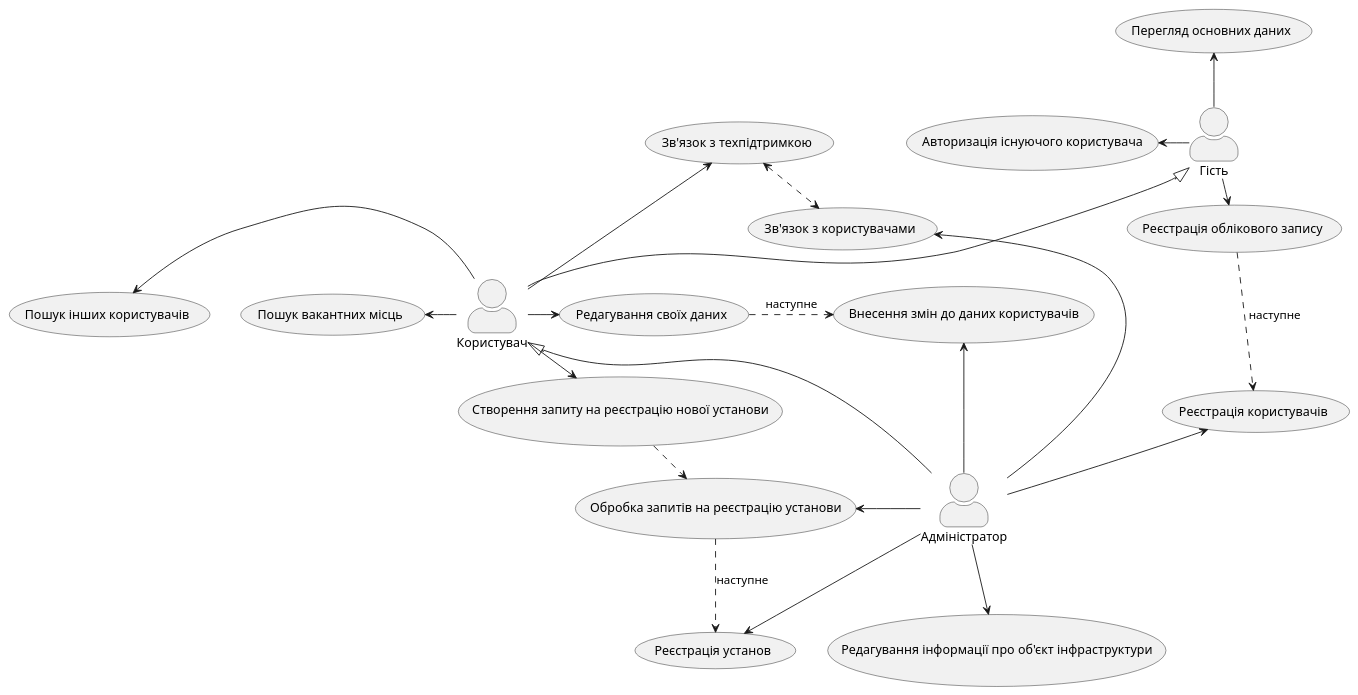
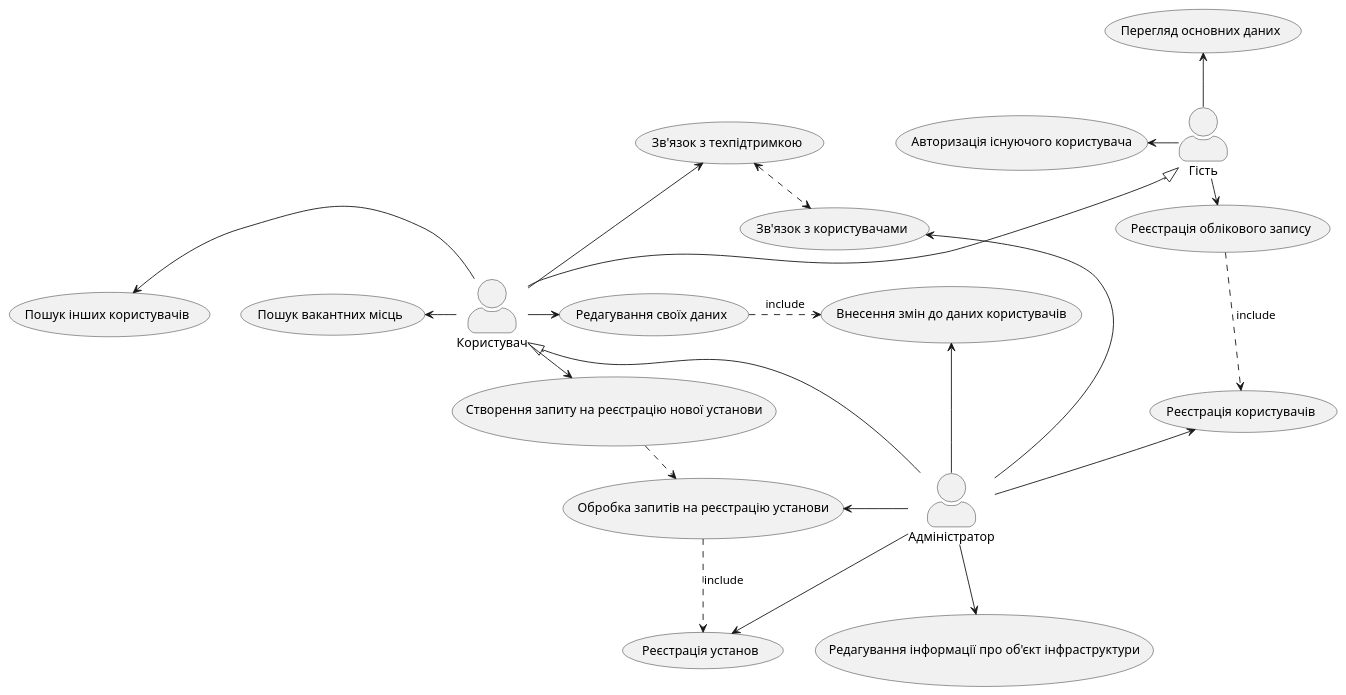
The diagram in Precedents/General/model.plantuml (dirayser/thiscitydoesnotexist), drawn with PlantUML before and after one commit.

```diff
--- a/Precedents/General/model.plantuml
+++ b/Precedents/General/model.plantuml
@@ -1,47 +1,47 @@
 @startuml
 skinparam actorStyle awesome
 "Гість" as Guest
 "Користувач" as User
 "Адміністратор" as Admin
 Guest -left-> (g_01)
 Guest -right-> (g_02)
 Guest -up-> (g_03)
 User -right-> (u_01)
 User -left-> (u_02)
 User -left-> (u_03)
 User -right-> (u_04)
 User -up-> (u_05)
 Admin -left-> (a_01)
 Admin -up-> (a_02)
 Admin -left-> (a_03)
 Admin -down-> (a_04)
 Admin -up-> (a_05)
 Admin -down-> (a_06)
-(g_02) .> (a_01) : наступне
-(u_01) .> (a_02) : наступне
-(u_04) .> (a_03) : наступне
-(a_03) .> (a_04) : наступне
+(g_02) .> (a_01) : include
+(u_01) .> (a_02) : include
+(u_04) .> (a_03) : include
+(a_03) .> (a_04) : include
 (u_05) <.> (a_05) : взаємна комунікація
 Admin -up-|> User
 User -up-|> Guest
 
 'Guest 
 "Aвторизація існуючого користувача" as (g_01)
 "Реєстрація облікового запису" as (g_02)
 "Перегляд основних даних" as (g_03)
 
 'User
 "Редагування своїх даних" as (u_01)
 "Пошук інших користувачів" as (u_02)
 "Пошук вакантних місць" as (u_03)
 "Cтворення запиту на реєстрацію нової установи" as (u_04)
 "Зв'язок з техпідтримкою" as (u_05)
 
 'Admin
 "Реєстрація користувачів" as (a_01)
 "Внесення змін до даних користувачів" as (a_02)
 "Обробка запитів на реєстрацію установи" as (a_03)
 "Реєстрація установ" as (a_04)
 "Зв'язок з користувачами" as (a_05)
 "Редагування інформації про об'єкт інфраструктури" as (a_06)
 @enduml
```
